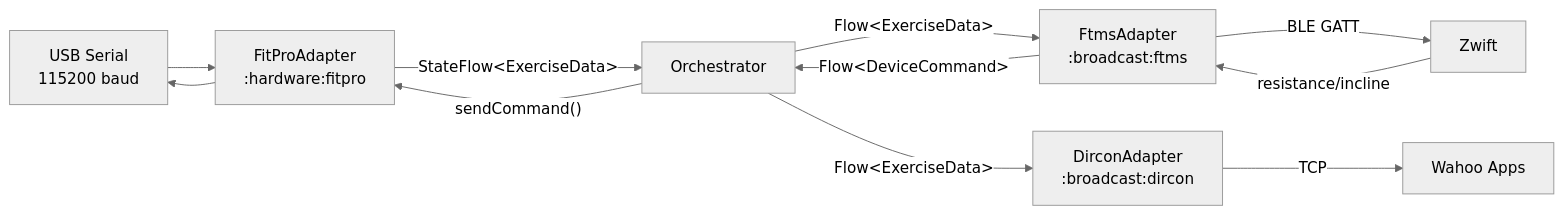
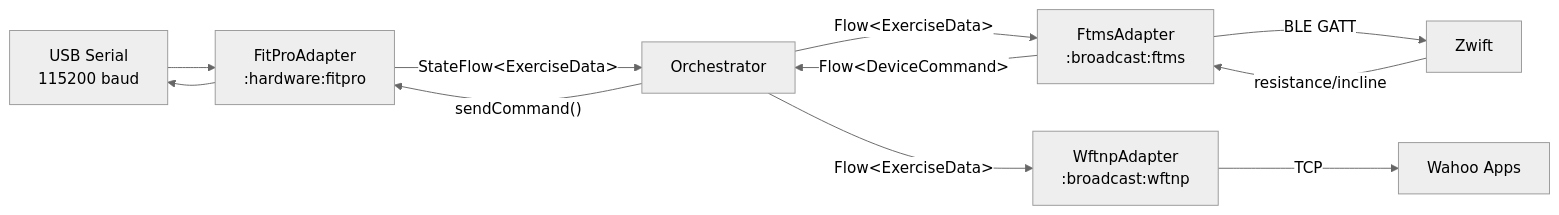
One commit to ball2jh/Hyperborea changed diagram 11 of 11 in docs/architecture.md. Above: the diagram before and after it, drawn with Mermaid (neutral theme). The commit also changed other lines of this file and 191 other files, not shown here.

````diff
--- a/docs/architecture.md
+++ b/docs/architecture.md
@@ -622,14 +622,14 @@
 ```mermaid
 flowchart LR
     USB["USB Serial\n115200 baud"] --> FitPro["FitProAdapter\n:hardware:fitpro"]
     FitPro -- "StateFlow&lt;ExerciseData&gt;" --> Orchestrator
     Orchestrator -- "Flow&lt;ExerciseData&gt;" --> FTMS["FtmsAdapter\n:broadcast:ftms"]
-    Orchestrator -- "Flow&lt;ExerciseData&gt;" --> DIRCON["DirconAdapter\n:broadcast:dircon"]
+    Orchestrator -- "Flow&lt;ExerciseData&gt;" --> WFTNP["WftnpAdapter\n:broadcast:wftnp"]
     FTMS -- "BLE GATT" --> Zwift
-    DIRCON -- "TCP" --> Wahoo["Wahoo Apps"]
+    WFTNP -- "TCP" --> Wahoo["Wahoo Apps"]
 
     Zwift -- "resistance/incline" --> FTMS
     FTMS -- "Flow&lt;DeviceCommand&gt;" --> Orchestrator
     Orchestrator -- "sendCommand()" --> FitPro
     FitPro --> USB
 ```
````
